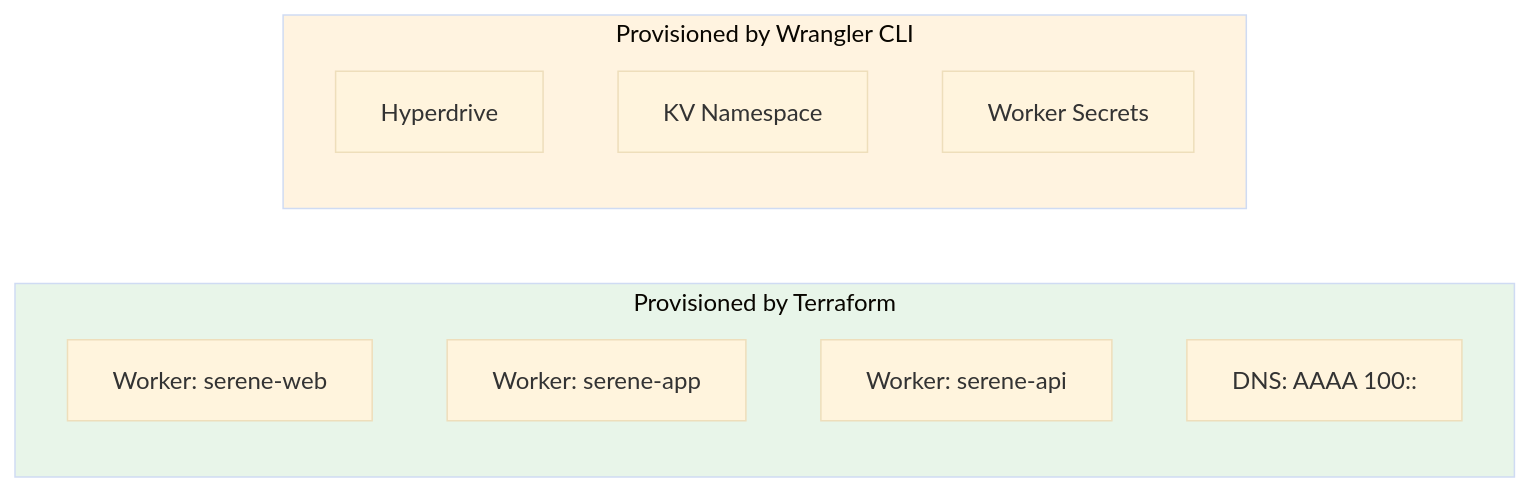
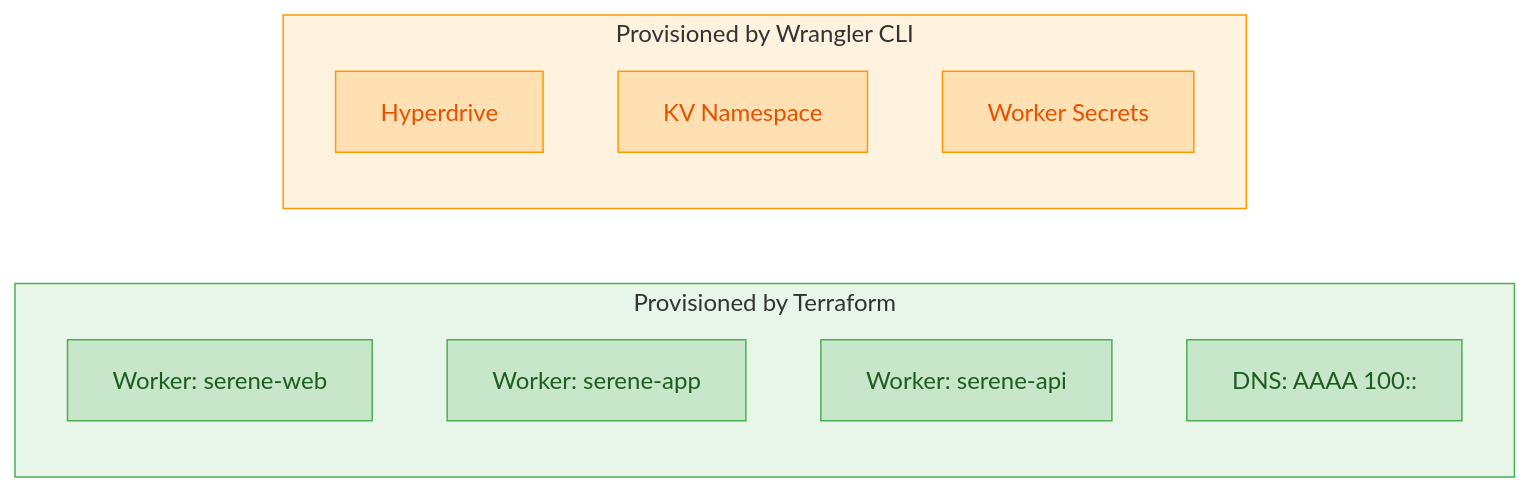
The third of 10 diagrams in docs/architecture/overview.md (jetmobsol/serene), drawn with Mermaid (base theme) before and after one commit. The commit also changed other lines of this file, not shown here.

First line of the commit message:
docs(arch): improve mermaid diagram styling and notation

````diff
--- a/docs/architecture/overview.md
+++ b/docs/architecture/overview.md
@@ -111,18 +111,25 @@
 ```mermaid
 graph LR
     subgraph Terraform["Provisioned by Terraform"]
         W1["Worker: serene-web"]
         W2["Worker: serene-app"]
         W3["Worker: serene-api"]
         DNS["DNS: AAAA 100::"]
     end
 
     subgraph Manual["Provisioned by Wrangler CLI"]
         HD["Hyperdrive"]
         KV["KV Namespace"]
         Secrets["Worker Secrets"]
     end
 
-    style Terraform fill:#e8f5e9
-    style Manual fill:#fff3e0
+    style Terraform fill:#e8f5e9,color:#333,stroke:#4caf50
+    style Manual fill:#fff3e0,color:#333,stroke:#ff9800
+    style W1 fill:#c8e6c9,color:#1b5e20,stroke:#4caf50
+    style W2 fill:#c8e6c9,color:#1b5e20,stroke:#4caf50
+    style W3 fill:#c8e6c9,color:#1b5e20,stroke:#4caf50
+    style DNS fill:#c8e6c9,color:#1b5e20,stroke:#4caf50
+    style HD fill:#ffe0b2,color:#e65100,stroke:#ff9800
+    style KV fill:#ffe0b2,color:#e65100,stroke:#ff9800
+    style Secrets fill:#ffe0b2,color:#e65100,stroke:#ff9800
 ```
````
